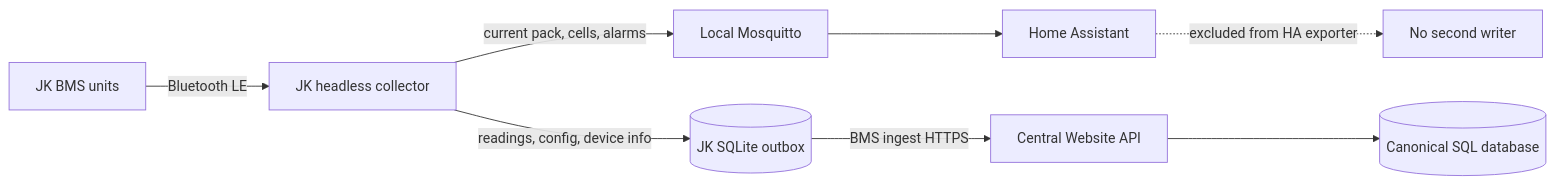
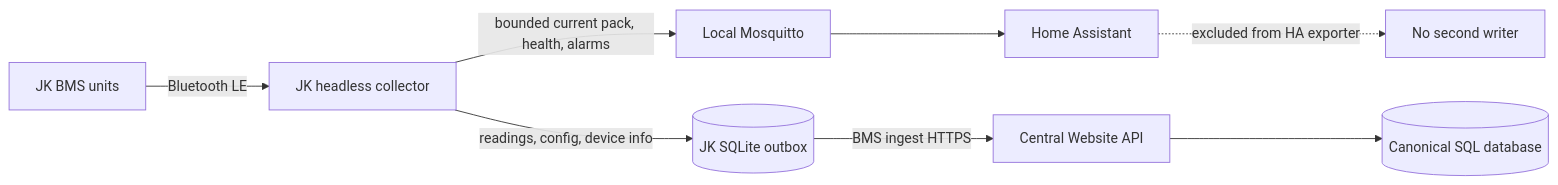
Before and after one commit to HualapaiValley/HVO.WebSite: the third of 8 diagrams in docs/architecture/EDGE_DATA_FLOWS.md, drawn with Mermaid. The commit also changed other lines of this file and 85 other files, not shown here.

````diff
--- a/docs/architecture/EDGE_DATA_FLOWS.md
+++ b/docs/architecture/EDGE_DATA_FLOWS.md
@@ -72,10 +72,10 @@
 ```mermaid
 flowchart LR
     BMS[JK BMS units] -->|Bluetooth LE| COL[JK headless collector]
-    COL -->|current pack, cells, alarms| MQTT[Local Mosquitto]
+    COL -->|bounded current pack, health, alarms| MQTT[Local Mosquitto]
     MQTT --> HA[Home Assistant]
     COL -->|readings, config, device info| OUT[(JK SQLite outbox)]
     OUT -->|BMS ingest HTTPS| API[Central Website API]
     API --> DB[(Canonical SQL database)]
     HA -. excluded from HA exporter .-> X[No second writer]
 ```
````
